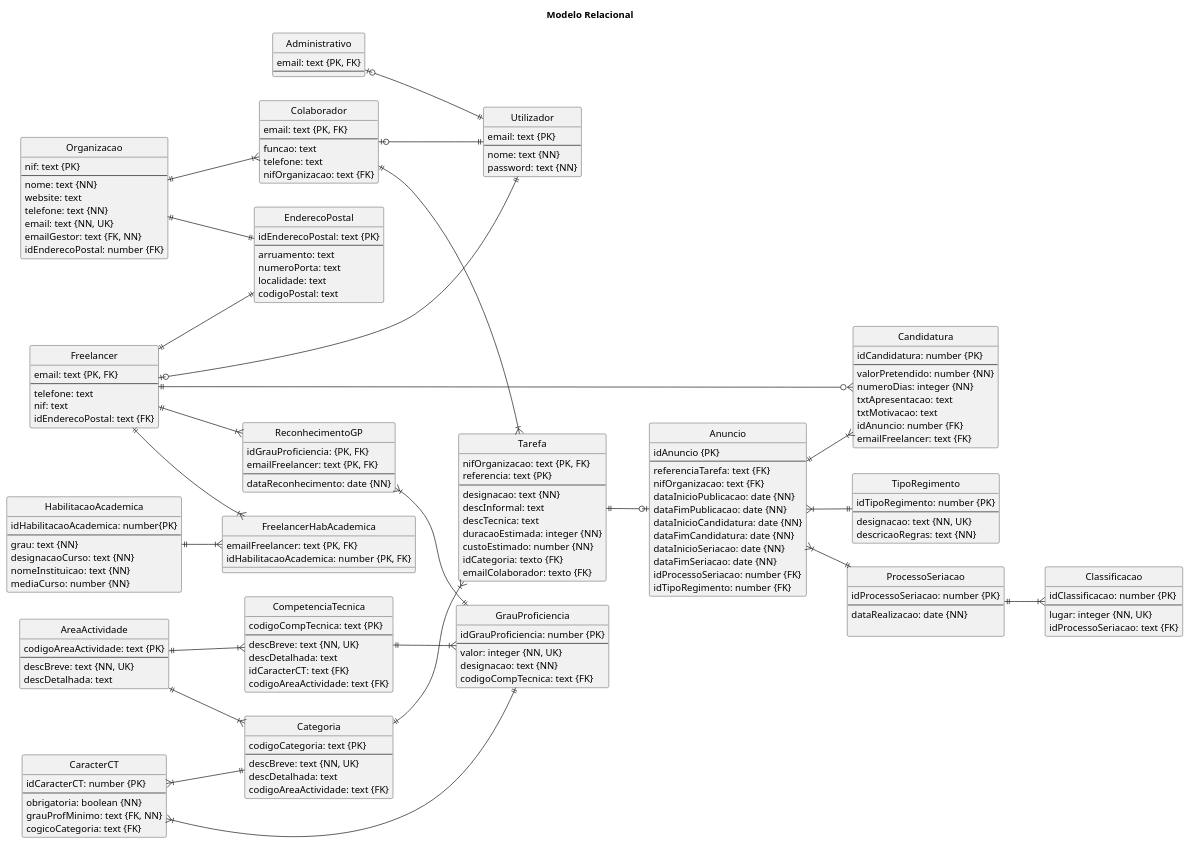
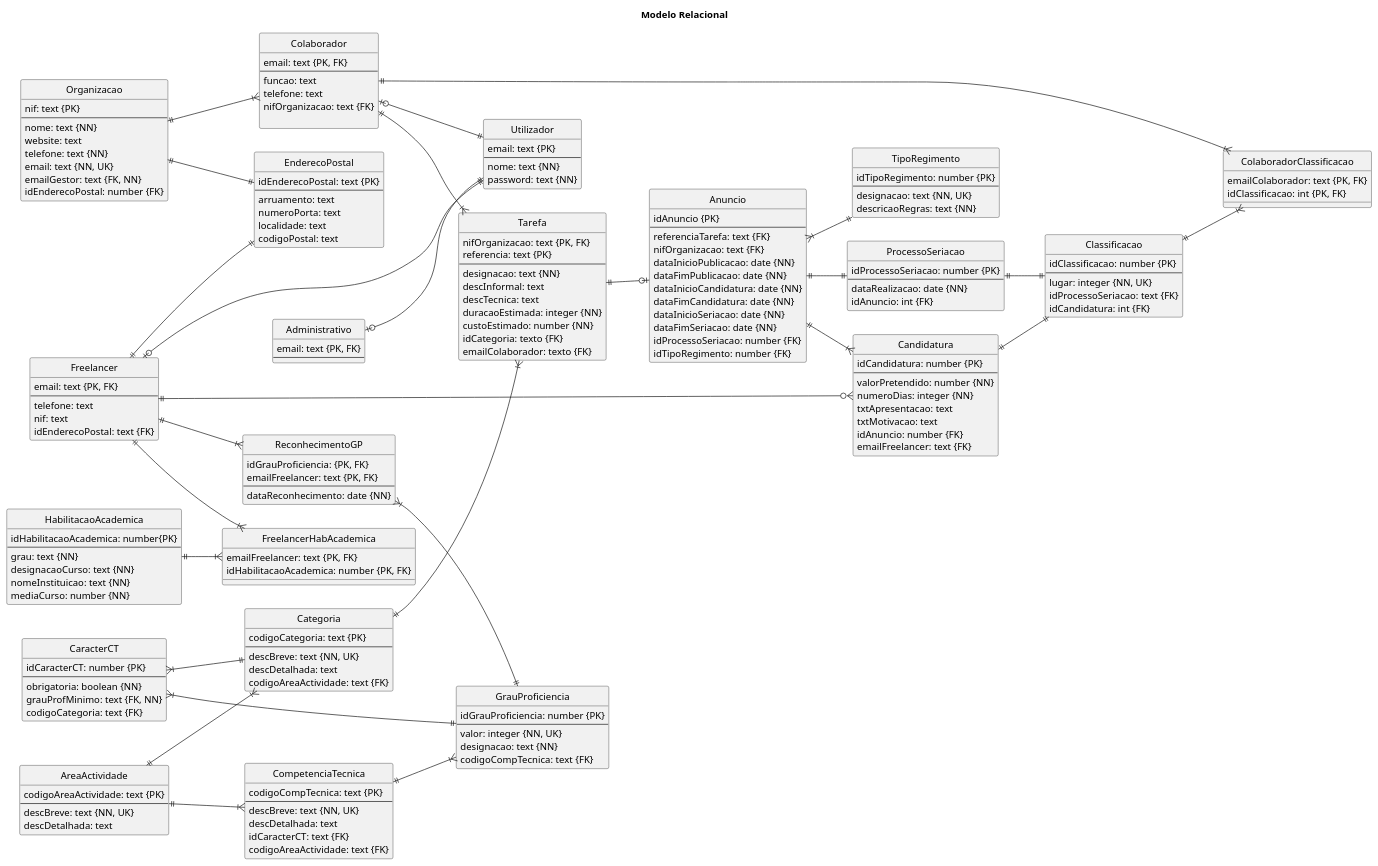
The diagram in BaseDados/Modelo_Relacional.puml (blestonbandeiraUPSKILL/upskill_java1_labprg_grupo2), drawn with PlantUML before and after one commit. The commit also changed 19 other files, not shown here.

```diff
--- a/BaseDados/Modelo_Relacional.puml
+++ b/BaseDados/Modelo_Relacional.puml
@@ -23,6 +23,12 @@
     funcao: text
     telefone: text
     nifOrganizacao: text {FK}
+
+}
+
+entity "ColaboradorClassificacao" {
+    emailColaborador: text {PK, FK}
+    idClassificacao: int {PK, FK}
 }
 
 entity "Utilizador" {
@@ -119,7 +125,7 @@
     idProcessoSeriacao: number {PK}
     --
     dataRealizacao: date {NN}
-   
+    idAnuncio: int {FK}
 }
 
 entity "TipoRegimento" {
@@ -134,6 +140,7 @@
     --
     lugar: integer {NN, UK}
     idProcessoSeriacao: text {FK}
+    idCandidatura: int {FK}
 }
 
 entity "Candidatura" {
@@ -162,7 +169,6 @@
     --
     dataReconhecimento: date {NN}
 }
-   
 
 entity "FreelancerHabAcademica" {
     emailFreelancer: text {PK, FK}
@@ -174,7 +180,7 @@
     --
     obrigatoria: boolean {NN}
     grauProfMinimo: text {FK, NN}
-    cogicoCategoria: text {FK}
+    codigoCategoria: text {FK}
 }
 
 AreaActividade ||--|{ Categoria
@@ -188,18 +194,21 @@
 Organizacao ||--|{ Colaborador
 Colaborador |o--|| Utilizador
 Anuncio ||--|{ Candidatura
+Candidatura ||--|| Classificacao
 Freelancer||--o{ Candidatura
 Organizacao ||--|| EnderecoPostal
 Freelancer ||--|| EnderecoPostal
-Anuncio }|--|| ProcessoSeriacao
+Anuncio ||--|| ProcessoSeriacao
 Anuncio }|--|| TipoRegimento
-ProcessoSeriacao ||--|{ Classificacao
+ProcessoSeriacao ||--|| Classificacao
 Freelancer ||--|{ FreelancerHabAcademica
 HabilitacaoAcademica ||--|{ FreelancerHabAcademica
 Freelancer ||--|{ ReconhecimentoGP
 ReconhecimentoGP }|--|| GrauProficiencia
 CaracterCT }|--|| Categoria
 CaracterCT }|--|| GrauProficiencia
+Classificacao ||--|{ ColaboradorClassificacao
+Colaborador ||--|{ ColaboradorClassificacao
 
 
 @enduml
```
